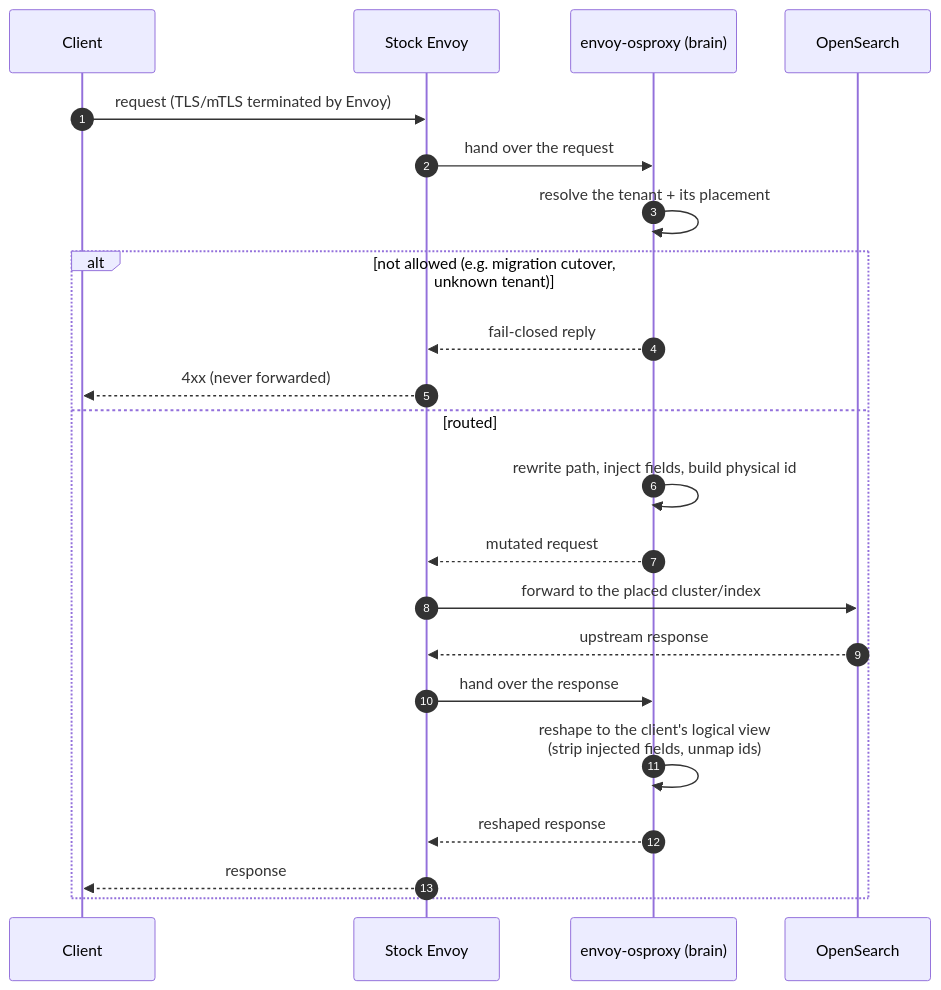
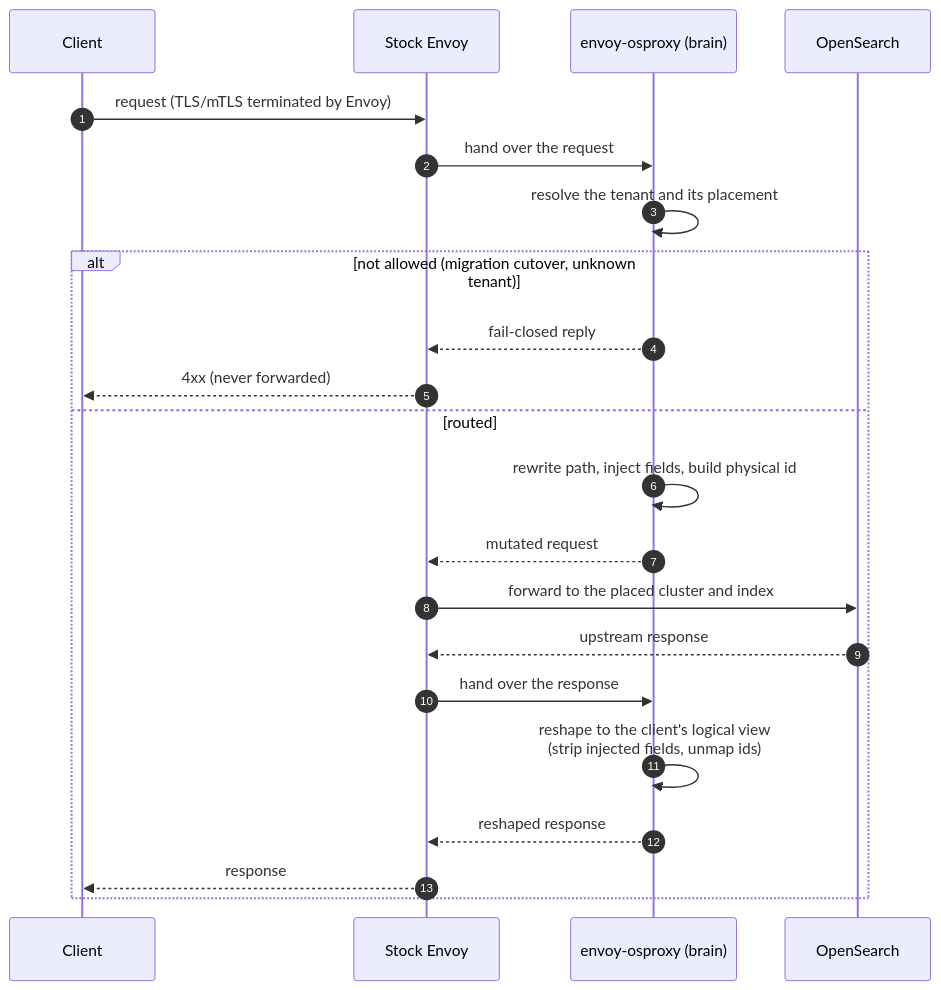
The third of 3 diagrams in docs/guide/01-architecture.md (huyz0/envoy-osproxy), drawn with Mermaid before and after one commit. The commit also changed other lines of this file and 35 other files, not shown here.

````diff
--- a/docs/guide/01-architecture.md
+++ b/docs/guide/01-architecture.md
@@ -80,25 +103,25 @@
 ```mermaid
 sequenceDiagram
   autonumber
   participant C as Client
   participant E as Stock Envoy
   participant X as envoy-osproxy (brain)
   participant O as OpenSearch
 
   C->>E: request (TLS/mTLS terminated by Envoy)
   E->>X: hand over the request
-  X->>X: resolve the tenant + its placement
-  alt not allowed (e.g. migration cutover, unknown tenant)
+  X->>X: resolve the tenant and its placement
+  alt not allowed (migration cutover, unknown tenant)
     X-->>E: fail-closed reply
     E-->>C: 4xx (never forwarded)
   else routed
     X->>X: rewrite path, inject fields, build physical id
     X-->>E: mutated request
-    E->>O: forward to the placed cluster/index
+    E->>O: forward to the placed cluster and index
     O-->>E: upstream response
     E->>X: hand over the response
     X->>X: reshape to the client's logical view<br/>(strip injected fields, unmap ids)
     X-->>E: reshaped response
     E-->>C: response
   end
 ```
````
